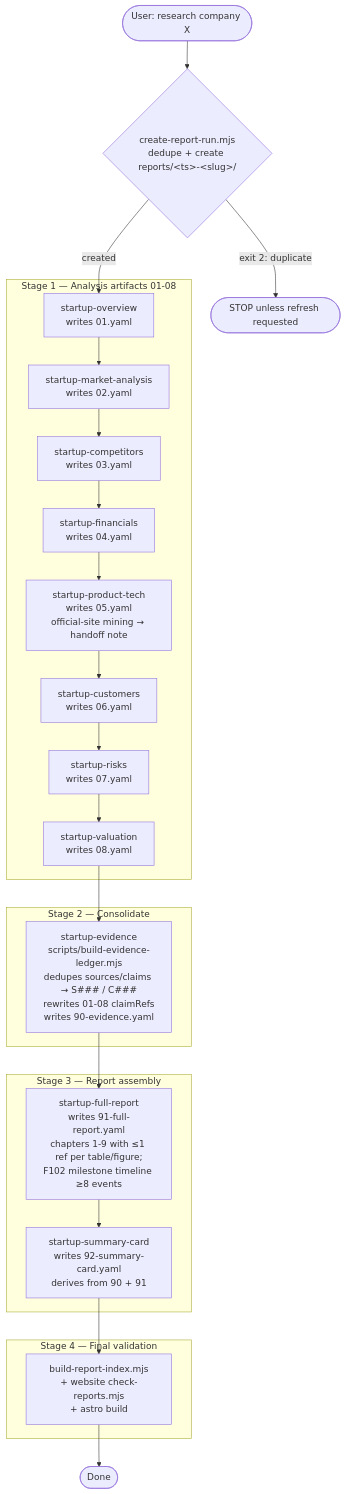
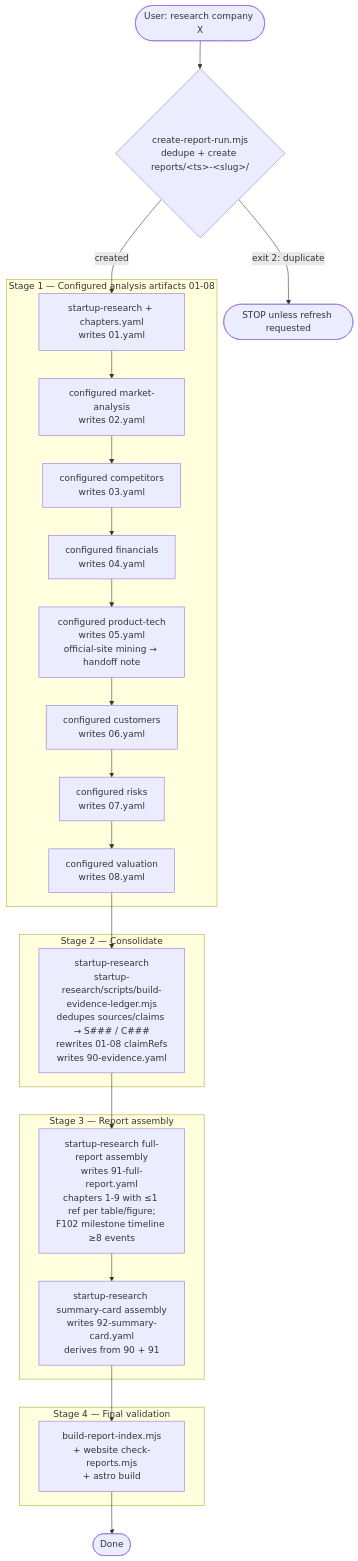
One commit to huangyingting/startup changed the first of 3 diagrams in README.md. Above: the diagram before and after it, drawn with Mermaid. The commit also changed other lines of this file and 34 other files, not shown here.

First line of the commit message:
Add YAML rules and scripts for report generation and validation

````diff
--- a/README.md
+++ b/README.md
@@ -17,40 +17,40 @@
 ```mermaid
 flowchart TD
   Start([User: research company X]) --> Setup{create-report-run.mjs<br/>dedupe + create reports/&lt;ts&gt;-&lt;slug&gt;/}
   Setup -- exit 2: duplicate --> Stop([STOP unless refresh requested])
   Setup -- created --> Snapshot
 
-  subgraph Stage1[Stage 1 — Analysis artifacts 01-08]
-    Snapshot[startup-overview<br/>writes 01.yaml]
+  subgraph Stage1[Stage 1 — Configured analysis artifacts 01-08]
+    Snapshot[startup-research + chapters.yaml<br/>writes 01.yaml]
     Snapshot --> Market
 
-    Market[startup-market-analysis<br/>writes 02.yaml] --> Compete
-    Compete[startup-competitors<br/>writes 03.yaml] --> Fin
-    Fin[startup-financials<br/>writes 04.yaml] --> Prod
-    Prod[startup-product-tech<br/>writes 05.yaml<br/>official-site mining → handoff note] --> Cust
-    Cust[startup-customers<br/>writes 06.yaml] --> Risk
-    Risk[startup-risks<br/>writes 07.yaml] --> Val
-    Val[startup-valuation<br/>writes 08.yaml]
+    Market[configured market-analysis<br/>writes 02.yaml] --> Compete
+    Compete[configured competitors<br/>writes 03.yaml] --> Fin
+    Fin[configured financials<br/>writes 04.yaml] --> Prod
+    Prod[configured product-tech<br/>writes 05.yaml<br/>official-site mining → handoff note] --> Cust
+    Cust[configured customers<br/>writes 06.yaml] --> Risk
+    Risk[configured risks<br/>writes 07.yaml] --> Val
+    Val[configured valuation<br/>writes 08.yaml]
   end
 
   Val --> Ledger
 
   subgraph Stage2[Stage 2 — Consolidate]
-    Ledger[startup-evidence<br/>scripts/build-evidence-ledger.mjs<br/>dedupes sources/claims → S### / C###<br/>rewrites 01-08 claimRefs<br/>writes 90-evidence.yaml]
+    Ledger[startup-research<br/>startup-research/scripts/build-evidence-ledger.mjs<br/>dedupes sources/claims → S### / C###<br/>rewrites 01-08 claimRefs<br/>writes 90-evidence.yaml]
   end
 
   Ledger --> Report
 
   subgraph Stage3[Stage 3 — Report assembly]
-    Report[startup-full-report<br/>writes 91-full-report.yaml<br/>chapters 1-9 with ≤1 ref per table/figure;<br/>F102 milestone timeline ≥8 events]
-    Report --> Card[startup-summary-card<br/>writes 92-summary-card.yaml<br/>derives from 90 + 91]
+    Report[startup-research full-report assembly<br/>writes 91-full-report.yaml<br/>chapters 1-9 with ≤1 ref per table/figure;<br/>F102 milestone timeline ≥8 events]
+    Report --> Card[startup-research summary-card assembly<br/>writes 92-summary-card.yaml<br/>derives from 90 + 91]
   end
 
   Card --> FinalVal
 
   subgraph Stage4[Stage 4 — Final validation]
     FinalVal[build-report-index.mjs<br/>+ website check-reports.mjs<br/>+ astro build]
   end
 
   FinalVal --> End([Done])
 ```
````
